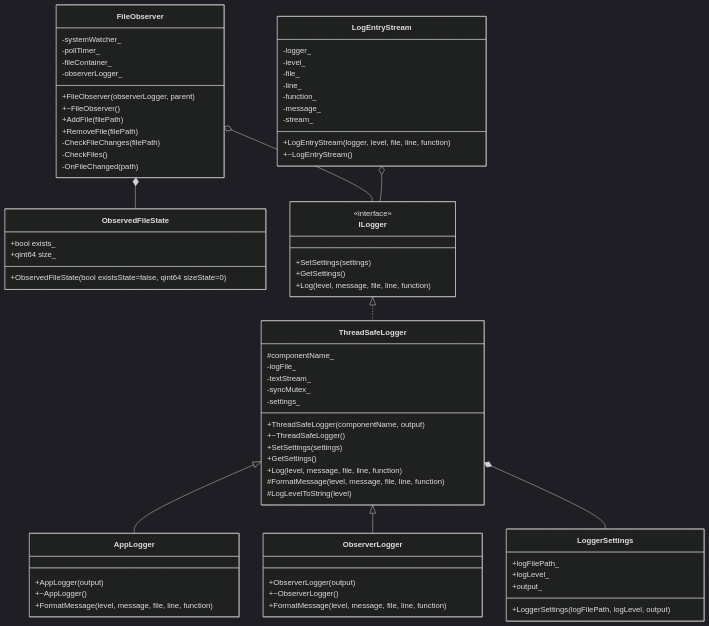
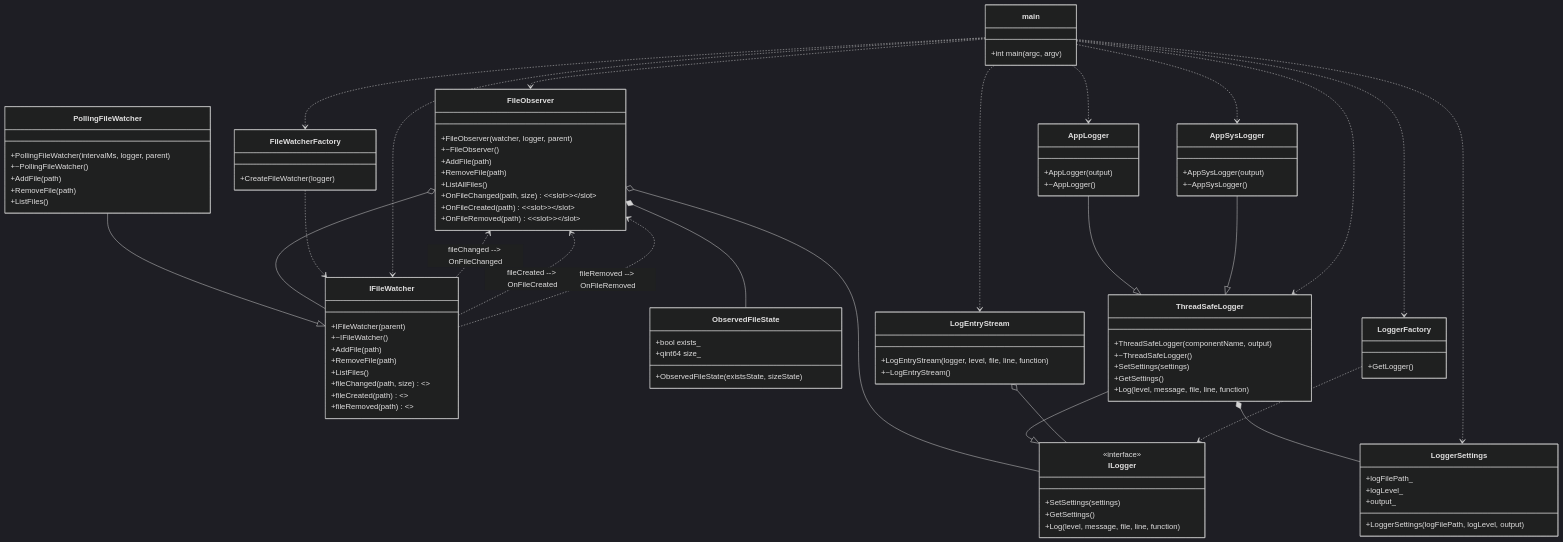
One commit to artoshechka/programming_tech_lab_1 changed the diagram in README.md. Above: the diagram before and after it, drawn with Mermaid (dark theme).

Commit message:
update mermaid diagram

````diff
--- a/README.md
+++ b/README.md
@@ -38,83 +38,104 @@
 ```mermaid
 classDiagram
-	class ObservedFileState {
-		+ObservedFileState(bool existsState=false, qint64 sizeState=0)
-		+bool exists_
-		+qint64 size_
+	class main {
+		+int main(argc, argv)
 	}
 
-	class LoggerSettings {
-		+LoggerSettings(logFilePath, logLevel, output)
-		+logFilePath_
-		+logLevel_
-		+output_
+		class FileObserver {
+			+FileObserver(watcher, logger, parent)
+			+~FileObserver()
+			+AddFile(path)
+			+RemoveFile(path)
+			+ListAllFiles()
+			+OnFileChanged(path, size) <<slot>>
+			+OnFileCreated(path) <<slot>>
+			+OnFileRemoved(path) <<slot>>
+		}
+		class IFileWatcher {
+			+IFileWatcher(parent)
+			+~IFileWatcher()
+			+AddFile(path)
+			+RemoveFile(path)
+			+ListFiles()
+			+fileChanged(path, size) <<signal>>
+			+fileCreated(path) <<signal>>
+			+fileRemoved(path) <<signal>>
+		}
+		class PollingFileWatcher {
+			+PollingFileWatcher(intervalMs, logger, parent)
+			+~PollingFileWatcher()
+			+AddFile(path)
+			+RemoveFile(path)
+			+ListFiles()
+		}
+		class ObservedFileState {
+			+ObservedFileState(existsState, sizeState)
+			+bool exists_
+			+qint64 size_
+		}
+		class FileWatcherFactory {
+			+CreateFileWatcher<TWatcherTag>(logger)
+		}
+
+		class ILogger {
+			<<interface>>
+			+SetSettings(settings)
+			+GetSettings()
+			+Log(level, message, file, line, function)
+		}
+		class ThreadSafeLogger {
+			+ThreadSafeLogger(componentName, output)
+			+~ThreadSafeLogger()
+			+SetSettings(settings)
+			+GetSettings()
+			+Log(level, message, file, line, function)
+		}
+		class AppLogger {
+			+AppLogger(output)
+			+~AppLogger()
+		}
+		class AppSysLogger {
+			+AppSysLogger(output)
+			+~AppSysLogger()
+		}
+		class LoggerSettings {
+			+LoggerSettings(logFilePath, logLevel, output)
+			+logFilePath_
+			+logLevel_
+			+output_
+		}
+		class LogEntryStream {
+			+LogEntryStream(logger, level, file, line, function)
+			+~LogEntryStream()
+		}
+		class LoggerFactory {
+			+GetLogger<TLoggerTag>()
 	}
 
-	class ILogger {
-		<<interface>>
-		+SetSettings(settings)
-		+GetSettings()
-		+Log(level, message, file, line, function)
-	}
+	PollingFileWatcher --|> IFileWatcher
+	FileObserver o-- IFileWatcher
+	FileObserver o-- ILogger
+	FileObserver *-- ObservedFileState
+	ThreadSafeLogger --|> ILogger
+	AppLogger --|> ThreadSafeLogger
+	AppSysLogger --|> ThreadSafeLogger
+	ThreadSafeLogger *-- LoggerSettings
+	LogEntryStream o-- ILogger
+ 
+	FileWatcherFactory ..> IFileWatcher 
+	LoggerFactory ..> ILogger 
 
-	class ThreadSafeLogger {
-		#componentName_
-		-logFile_
-		-textStream_
-		-syncMutex_
-		-settings_
-		+ThreadSafeLogger(componentName, output)
-		+~ThreadSafeLogger()
-		+SetSettings(settings)
-		+GetSettings()
-		+Log(level, message, file, line, function)
-		#FormatMessage(level, message, file, line, function)
-		#LogLevelToString(level)
-	}
+	main ..> FileObserver 
+	main ..> FileWatcherFactory 
+	main ..> LoggerFactory 
+	main ..> LoggerSettings 
+	main ..> LogEntryStream 
+	main ..> AppLogger 
+	main ..> AppSysLogger 
+	main ..> ThreadSafeLogger 
+	main ..> IFileWatcher 
 
-	class AppLogger {
-		+AppLogger(output)
-		+~AppLogger()
-		+FormatMessage(level, message, file, line, function)
-	}
-
-	class ObserverLogger {
-		+ObserverLogger(output)
-		+~ObserverLogger()
-		+FormatMessage(level, message, file, line, function)
-	}
-
-	class LogEntryStream {
-		-logger_
-		-level_
-		-file_
-		-line_
-		-function_
-		-message_
-		-stream_
-		+LogEntryStream(logger, level, file, line, function)
-		+~LogEntryStream()
-	}
-
-	class FileObserver {
-		-systemWatcher_
-		-pollTimer_
-		-fileContainer_
-		-observerLogger_
-		+FileObserver(observerLogger, parent)
-		+~FileObserver()
-		+AddFile(filePath)
-		+RemoveFile(filePath)
-		-CheckFileChanges(filePath)
-		-CheckFiles()
-		-OnFileChanged(path)
-	}
-
-	ILogger <|.. ThreadSafeLogger
-	ThreadSafeLogger <|-- AppLogger
-	ThreadSafeLogger <|-- ObserverLogger
-	ThreadSafeLogger *-- LoggerSettings
-	FileObserver *-- ObservedFileState
-	FileObserver o-- ILogger
-	LogEntryStream o-- ILogger
+	IFileWatcher ..> FileObserver : fileChanged --> OnFileChanged
+	IFileWatcher ..> FileObserver : fileCreated --> OnFileCreated
+	IFileWatcher ..> FileObserver : fileRemoved --> OnFileRemoved
 ```
````
